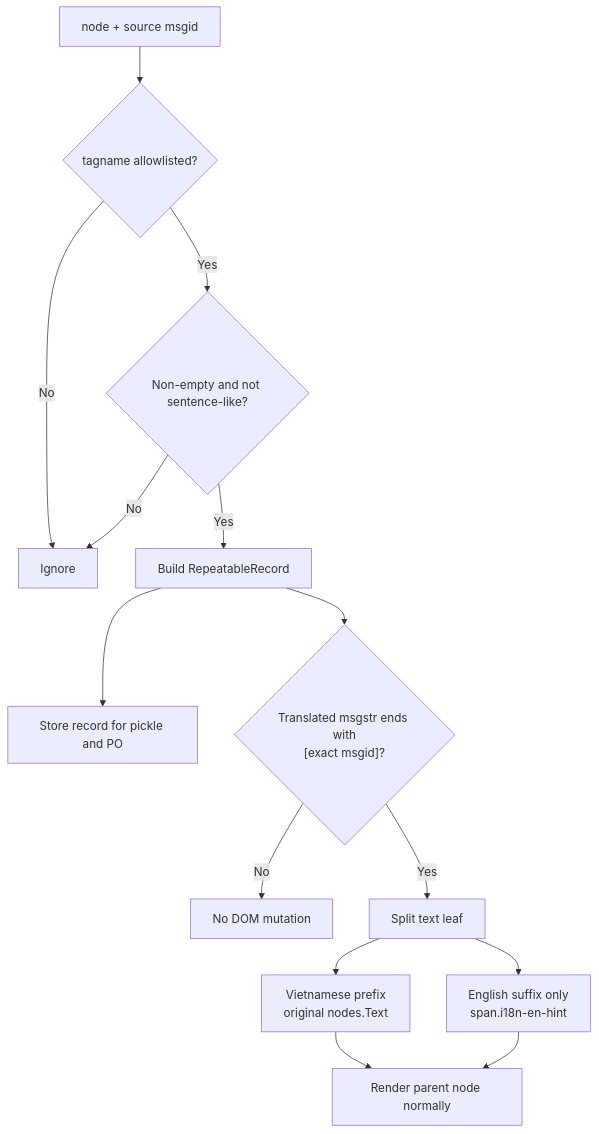
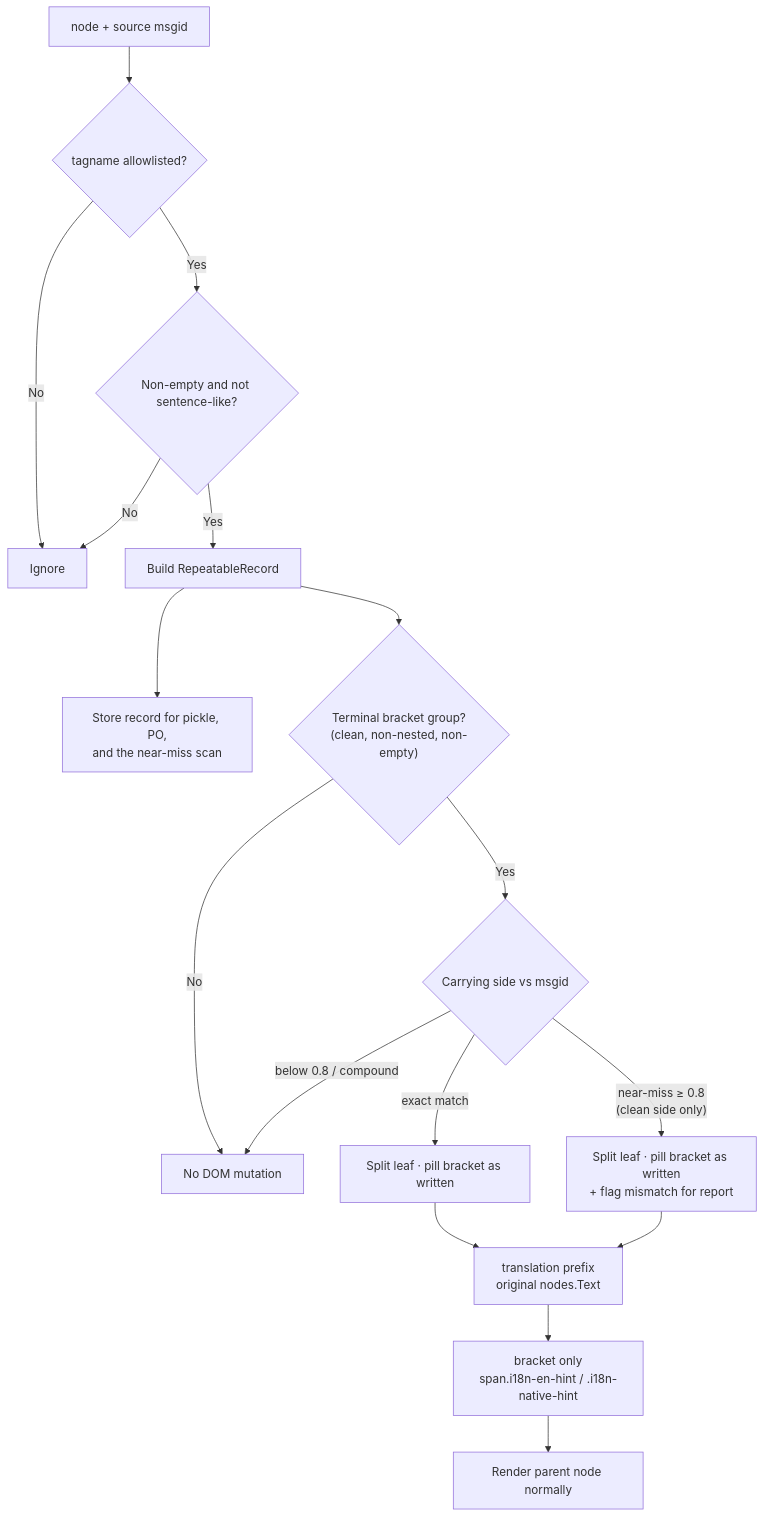
One commit to hoangduytran/blender-manual changed the second of 4 diagrams in tests/20260622_141959_repeatable-record-sphinx-extension-plan.md. Above: the diagram before and after it, drawn with Mermaid. The commit also changed other lines of this file and 8 other files, not shown here.

````diff
--- a/tests/20260622_141959_repeatable-record-sphinx-extension-plan.md
+++ b/tests/20260622_141959_repeatable-record-sphinx-extension-plan.md
@@ -178,16 +202,19 @@
 ```mermaid
 flowchart TD
     A["node + source msgid"] --> B{"tagname allowlisted?"}
     B -- No --> X["Ignore"]
     B -- Yes --> C{"Non-empty and not sentence-like?"}
     C -- No --> X
     C -- Yes --> D["Build RepeatableRecord"]
-    D --> E["Store record for pickle and PO"]
-    D --> F{"Translated msgstr ends with<br/>[exact msgid]?"}
+    D --> E["Store record for pickle, PO,<br/>and the near-miss scan"]
+    D --> F{"Terminal bracket group?<br/>(clean, non-nested, non-empty)"}
     F -- No --> G["No DOM mutation"]
-    F -- Yes --> H["Split text leaf"]
-    H --> I["Vietnamese prefix<br/>original nodes.Text"]
-    H --> J["English suffix only<br/>span.i18n-en-hint"]
-    I --> K["Render parent node normally"]
-    J --> K
+    F -- Yes --> M{"Carrying side vs msgid"}
+    M -- "exact match" --> H["Split leaf · pill bracket as written"]
+    M -- "near-miss ≥ 0.8<br/>(clean side only)" --> H2["Split leaf · pill bracket as written<br/>+ flag mismatch for report"]
+    M -- "below 0.8 / compound" --> G
+    H --> I["translation prefix<br/>original nodes.Text"]
+    H2 --> I
+    I --> J["bracket only<br/>span.i18n-en-hint / .i18n-native-hint"]
+    J --> K["Render parent node normally"]
 ```
````
